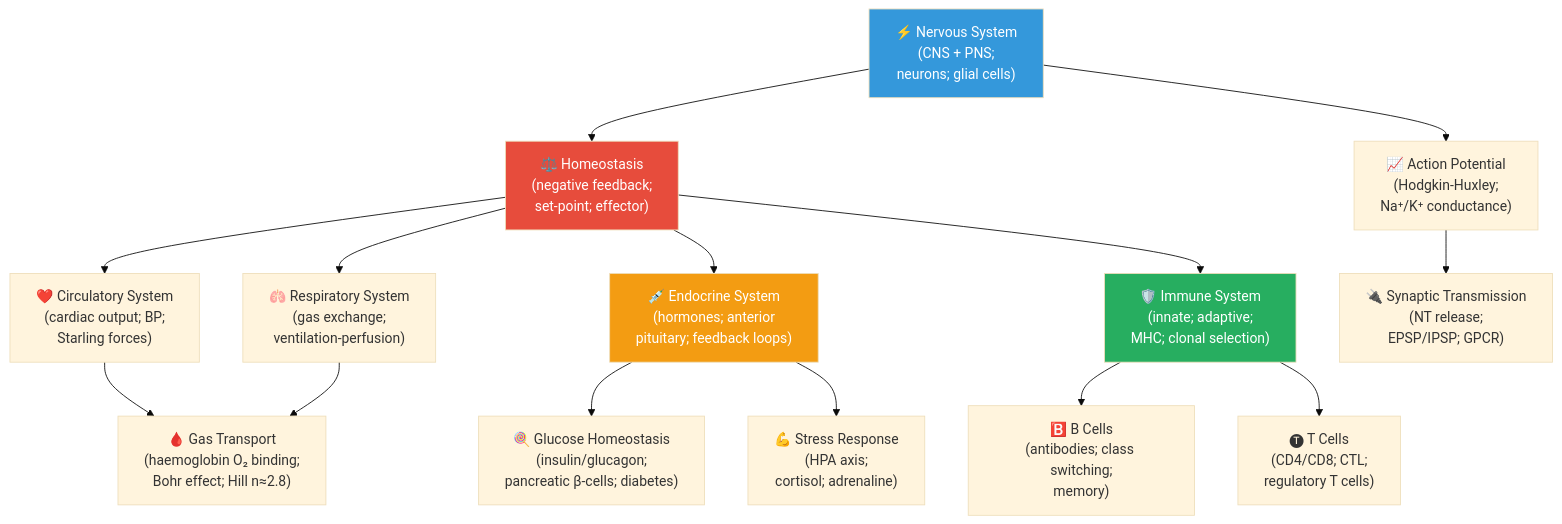
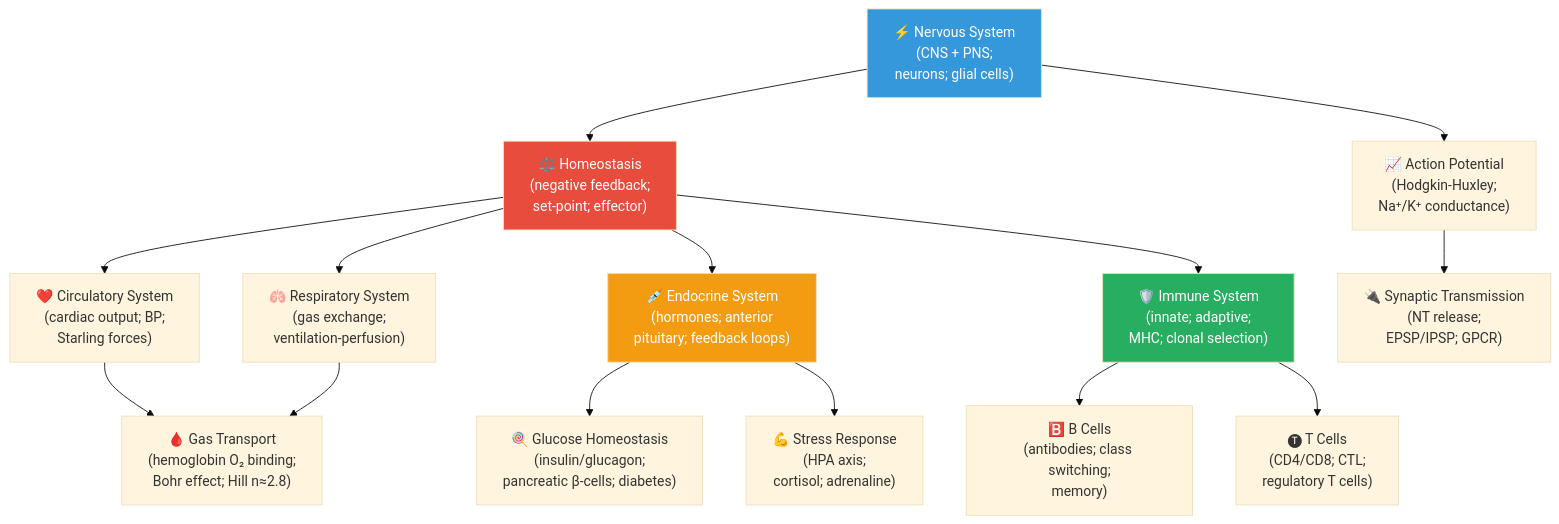
One commit to docxology/biology_textbook changed the diagram in manuscript/unit_IX/unit_intro.md. Above: the diagram before and after it, drawn with Mermaid (base theme). The commit also changed other lines of this file and 247 other files, not shown here.

````diff
--- a/manuscript/unit_IX/unit_intro.md
+++ b/manuscript/unit_IX/unit_intro.md
@@ -49,25 +48,25 @@
 ```mermaid
 graph TD
     HOME["⚖️ Homeostasis<br/>(negative feedback;<br/>set-point; effector)"] --> CIRC["❤️ Circulatory System<br/>(cardiac output; BP;<br/>Starling forces)"]
     HOME --> RESP["🫁 Respiratory System<br/>(gas exchange;<br/>ventilation-perfusion)"]
     HOME --> ENDO["💉 Endocrine System<br/>(hormones; anterior<br/>pituitary; feedback loops)"]
     HOME --> IMMUNE["🛡️ Immune System<br/>(innate; adaptive;<br/>MHC; clonal selection)"]
 
     NERVE["⚡ Nervous System<br/>(CNS + PNS;<br/>neurons; glial cells)"] --> AP["📈 Action Potential<br/>(Hodgkin-Huxley;<br/>Na⁺/K⁺ conductance)"]
     AP --> SYN["🔌 Synaptic Transmission<br/>(NT release;<br/>EPSP/IPSP; GPCR)"]
     NERVE --> HOME
 
-    CIRC --> GAS["🩸 Gas Transport<br/>(haemoglobin O₂ binding;<br/>Bohr effect; Hill n≈2.8)"]
+    CIRC --> GAS["🩸 Gas Transport<br/>(hemoglobin O₂ binding;<br/>Bohr effect; Hill n≈2.8)"]
     RESP --> GAS
 
     ENDO --> INS["🍭 Glucose Homeostasis<br/>(insulin/glucagon;<br/>pancreatic β-cells; diabetes)"]
     ENDO --> STRESS["💪 Stress Response<br/>(HPA axis;<br/>cortisol; adrenaline)"]
 
     IMMUNE --> B["🅱️ B Cells<br/>(antibodies; class switching;<br/>memory)"]
     IMMUNE --> T["🅣 T Cells<br/>(CD4/CD8; CTL;<br/>regulatory T cells)"]
 
     style HOME fill:#e74c3c,color:#fff
     style NERVE fill:#3498db,color:#fff
     style IMMUNE fill:#27ae60,color:#fff
     style ENDO fill:#f39c12,color:#fff
 ```
````
